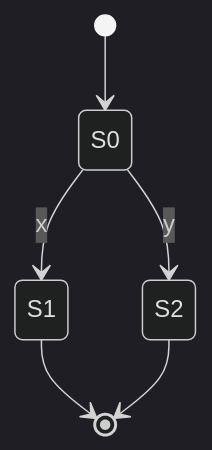
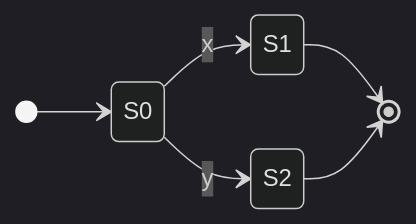
One commit to retrosnob/mermaid changed the second of 3 diagrams in index.md. Above: the diagram before and after it, drawn with Mermaid (dark theme). The commit also changed other lines of this file, not shown here.

````diff
--- a/index.md
+++ b/index.md
@@ -14,8 +17,10 @@
 ```mermaid
 stateDiagram
+    direction LR
+
     [*] --> S0
     S0 --> S1 : x
     S0 --> S2 : y
     S1 --> [*]
     S2 --> [*]
 ```
````
